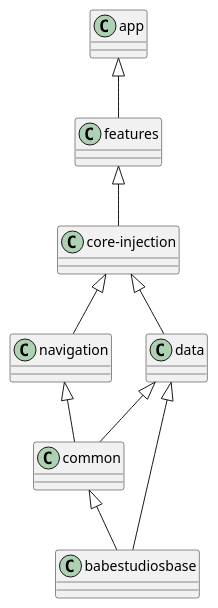
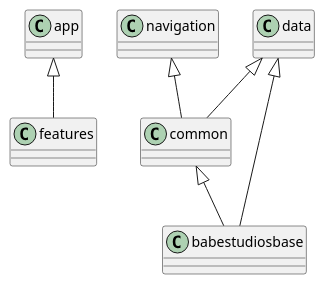
The diagram in app/src/main/assets/Module dependencies.puml (herrbert74/companies-house), drawn with PlantUML before and after one commit. The commit also changed 115 other files, not shown here.

```diff
--- a/app/src/main/assets/Module dependencies.puml
+++ b/app/src/main/assets/Module dependencies.puml
@@ -1,12 +1,9 @@
 @startuml
 
 app <|-- features
-features <|-- "core-injection"
-"core-injection" <|-- navigation
-"core-injection" <|-- data
 data <|-- common
 navigation <|-- common
 data <|-- babestudiosbase
 common <|-- babestudiosbase
 
 @enduml
```
